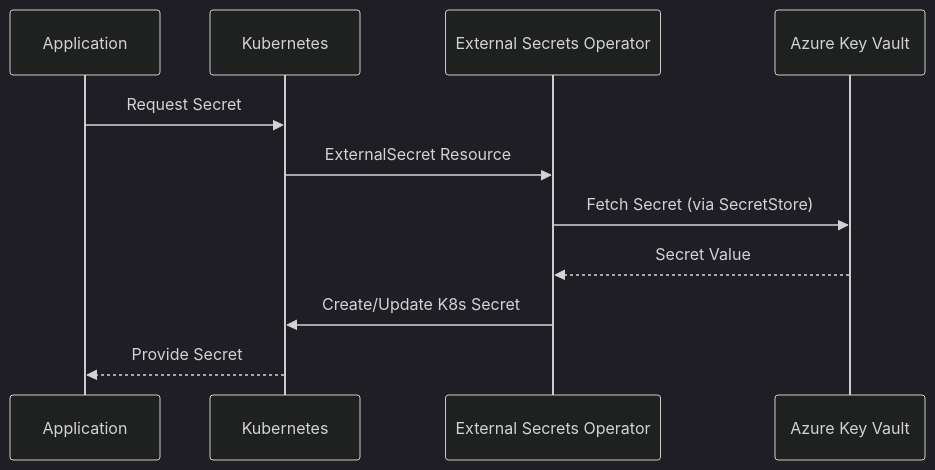
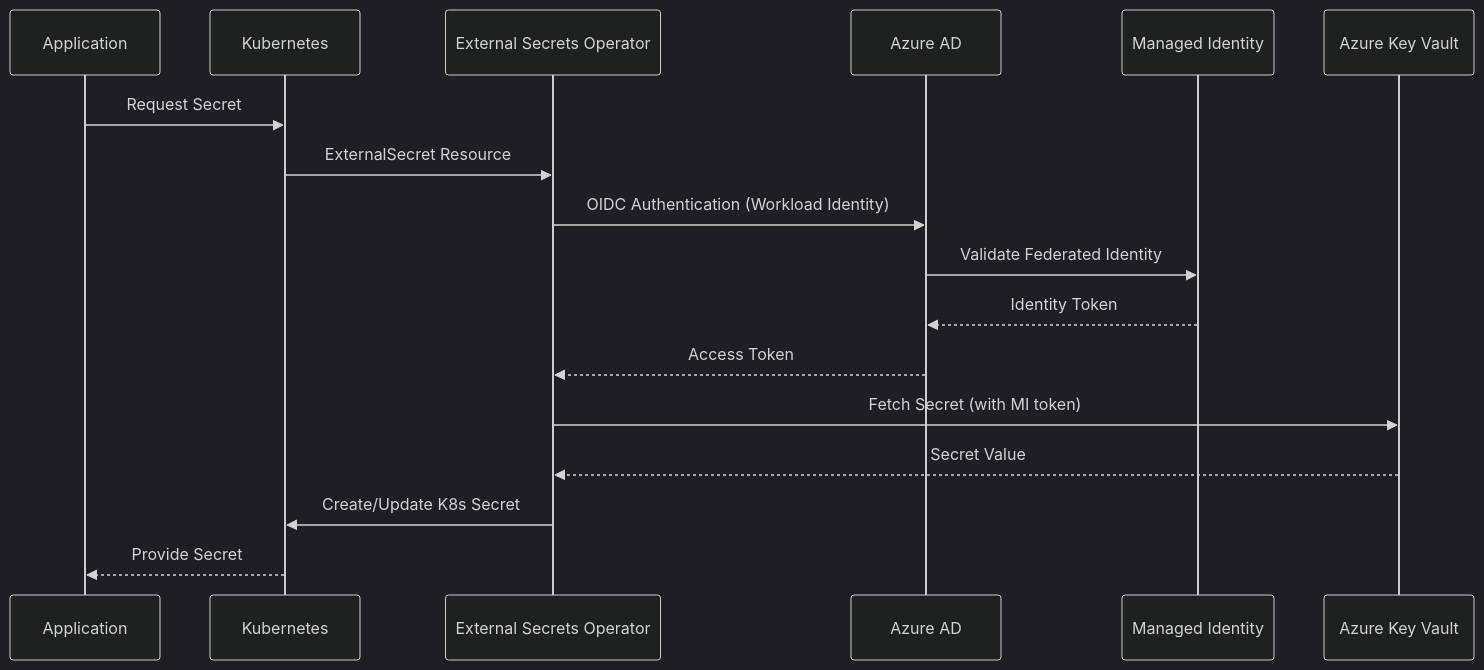
One commit to toolbox-tech/embracon changed the third of 3 diagrams in Secret Management/SOLUTION-DIAGRAM.md. Above: the diagram before and after it, drawn with Mermaid (dark theme). The commit also changed other lines of this file, not shown here.

Commit message:
docs(akv): solution diagram

````diff
--- a/Secret Management/SOLUTION-DIAGRAM.md
+++ b/Secret Management/SOLUTION-DIAGRAM.md
@@ -119,14 +129,20 @@
 ```mermaid
 sequenceDiagram
     participant App as Application
     participant K8s as Kubernetes
     participant ESO as External Secrets Operator
+    participant AAD as Azure AD
+    participant MI as Managed Identity
     participant AKV as Azure Key Vault
 
     App->>K8s: Request Secret
     K8s->>ESO: ExternalSecret Resource
-    ESO->>AKV: Fetch Secret (via SecretStore)
+    ESO->>AAD: OIDC Authentication (Workload Identity)
+    AAD->>MI: Validate Federated Identity
+    MI-->>AAD: Identity Token
+    AAD-->>ESO: Access Token
+    ESO->>AKV: Fetch Secret (with MI token)
     AKV-->>ESO: Secret Value
     ESO->>K8s: Create/Update K8s Secret
     K8s-->>App: Provide Secret
 ```
````
